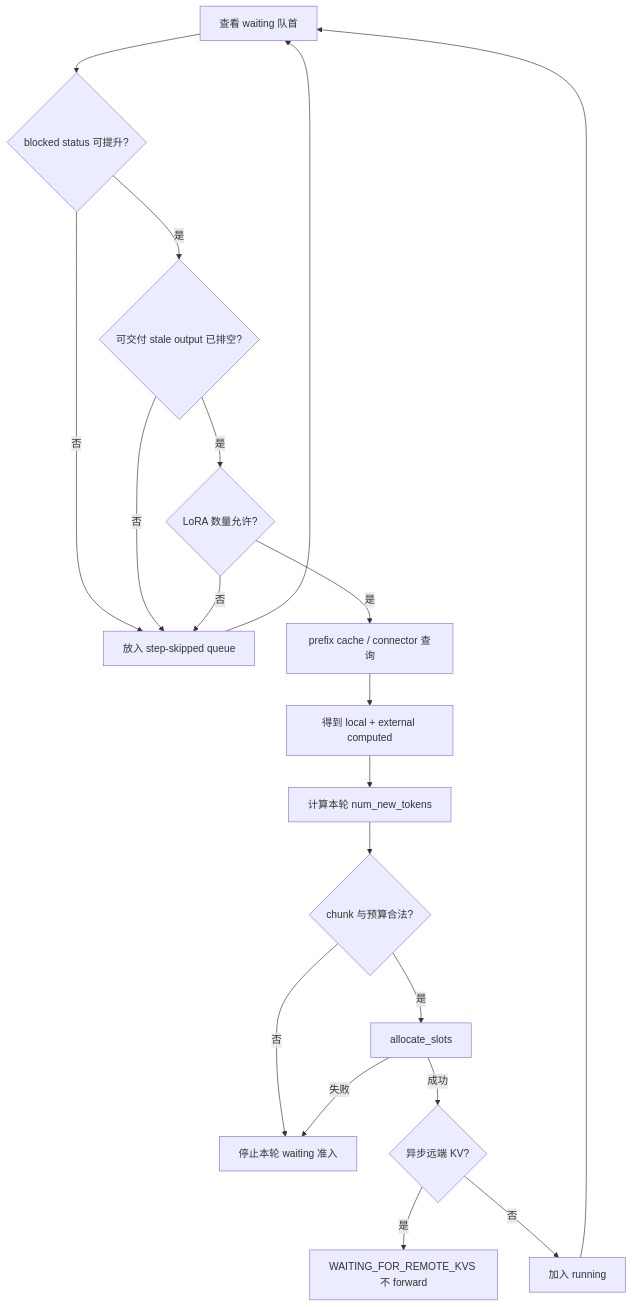
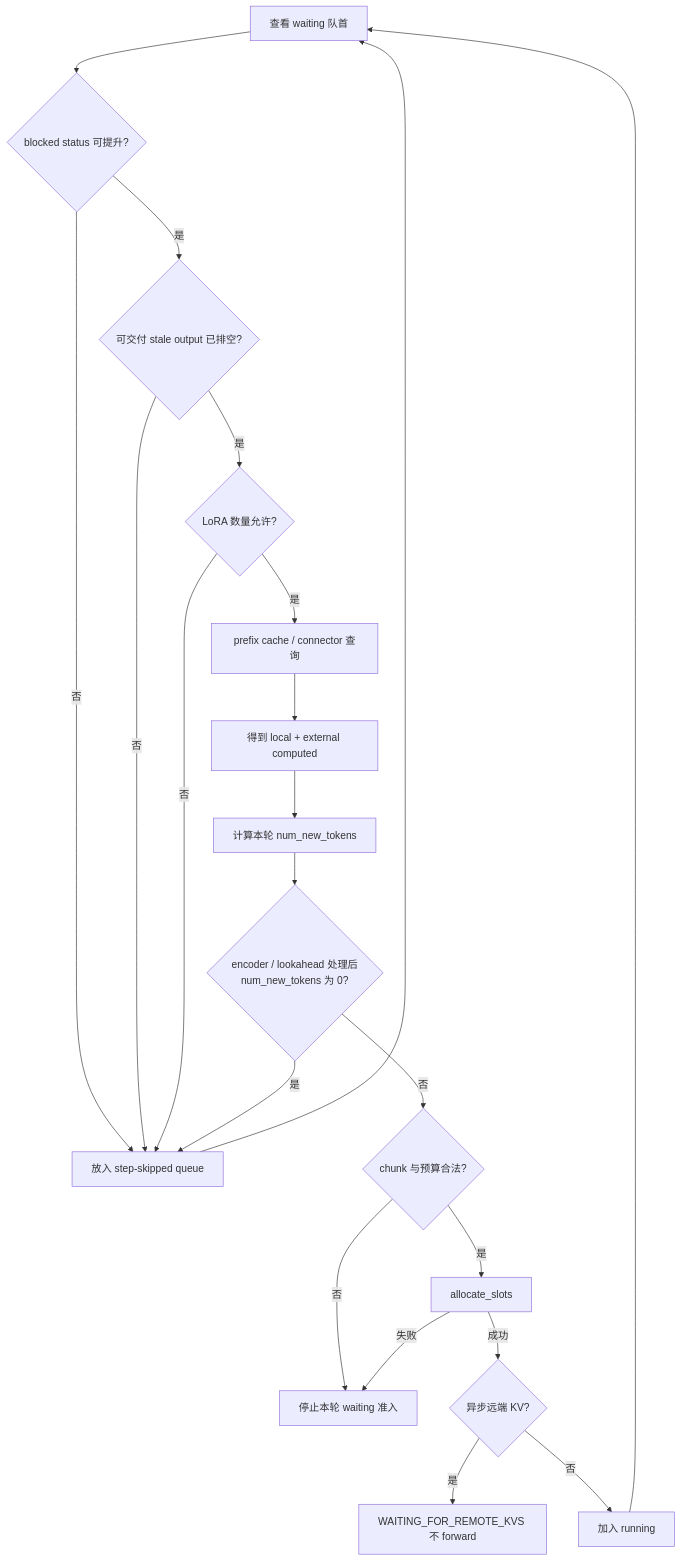
Before and after one commit to cluster1900/vllm_reader: the tenth of 29 diagrams in book/04-scheduler/README.md, drawn with Mermaid. The commit also changed other lines of this file and 4 other files, not shown here.

````diff
--- a/book/04-scheduler/README.md
+++ b/book/04-scheduler/README.md
@@ -587,21 +598,23 @@
 ```mermaid
 flowchart TB
     A[查看 waiting 队首] --> B{blocked status 可提升?}
     B -->|否| SKIP[放入 step-skipped queue]
     B -->|是| C{可交付 stale output 已排空?}
     C -->|否| SKIP
     C -->|是| D{LoRA 数量允许?}
     D -->|否| SKIP
     D -->|是| E[prefix cache / connector 查询]
     E --> F[得到 local + external computed]
     F --> G[计算本轮 num_new_tokens]
-    G --> H{chunk 与预算合法?}
+    G --> Z{encoder / lookahead 处理后<br/>num_new_tokens 为 0?}
+    Z -->|是| SKIP
+    Z -->|否| H{chunk 与预算合法?}
     H -->|否| BREAK[停止本轮 waiting 准入]
     H -->|是| I[allocate_slots]
     I -->|失败| BREAK
     I -->|成功| J{异步远端 KV?}
     J -->|是| REMOTE[WAITING_FOR_REMOTE_KVS 不 forward]
     J -->|否| RUN[加入 running]
     RUN --> A
     SKIP --> A
 ```
````
